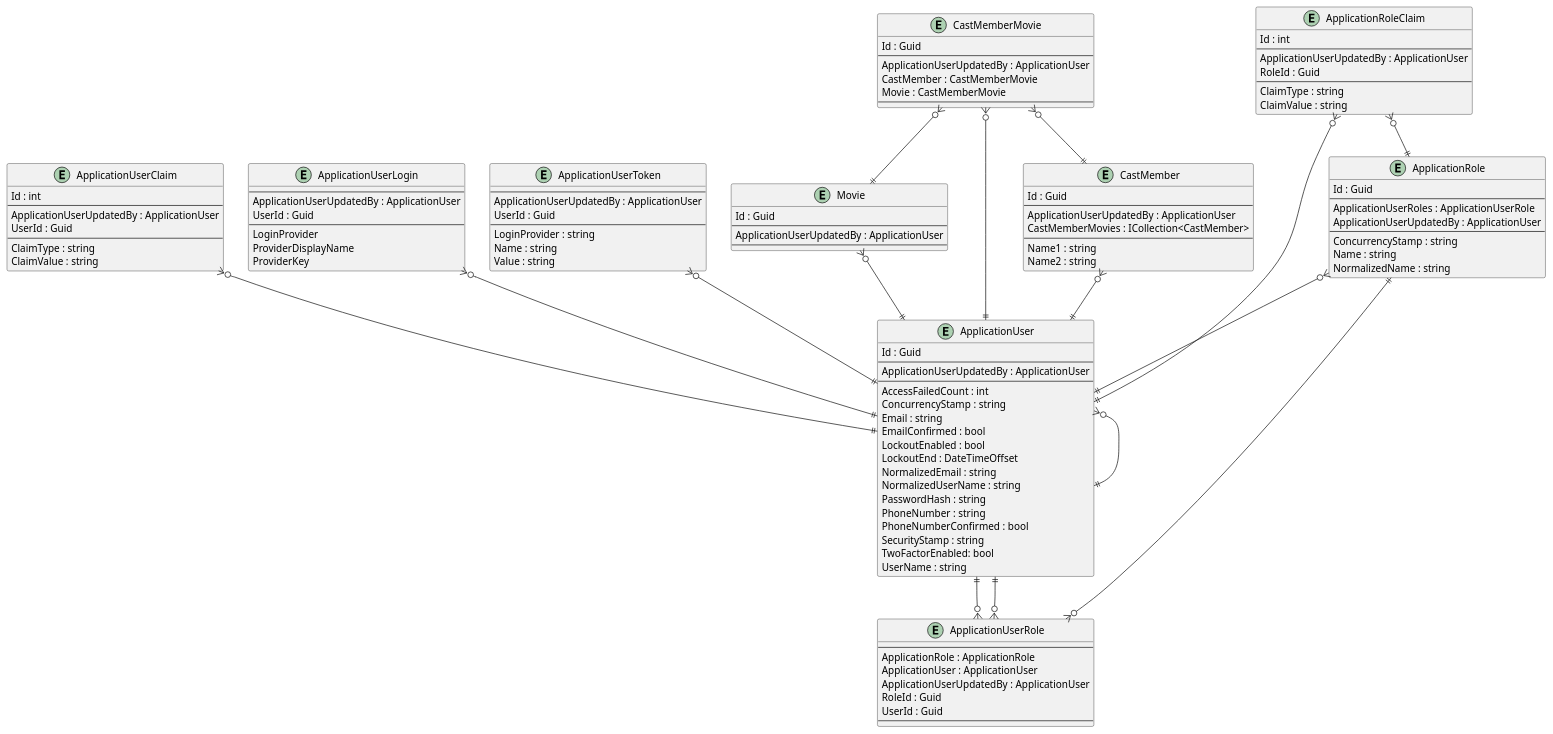
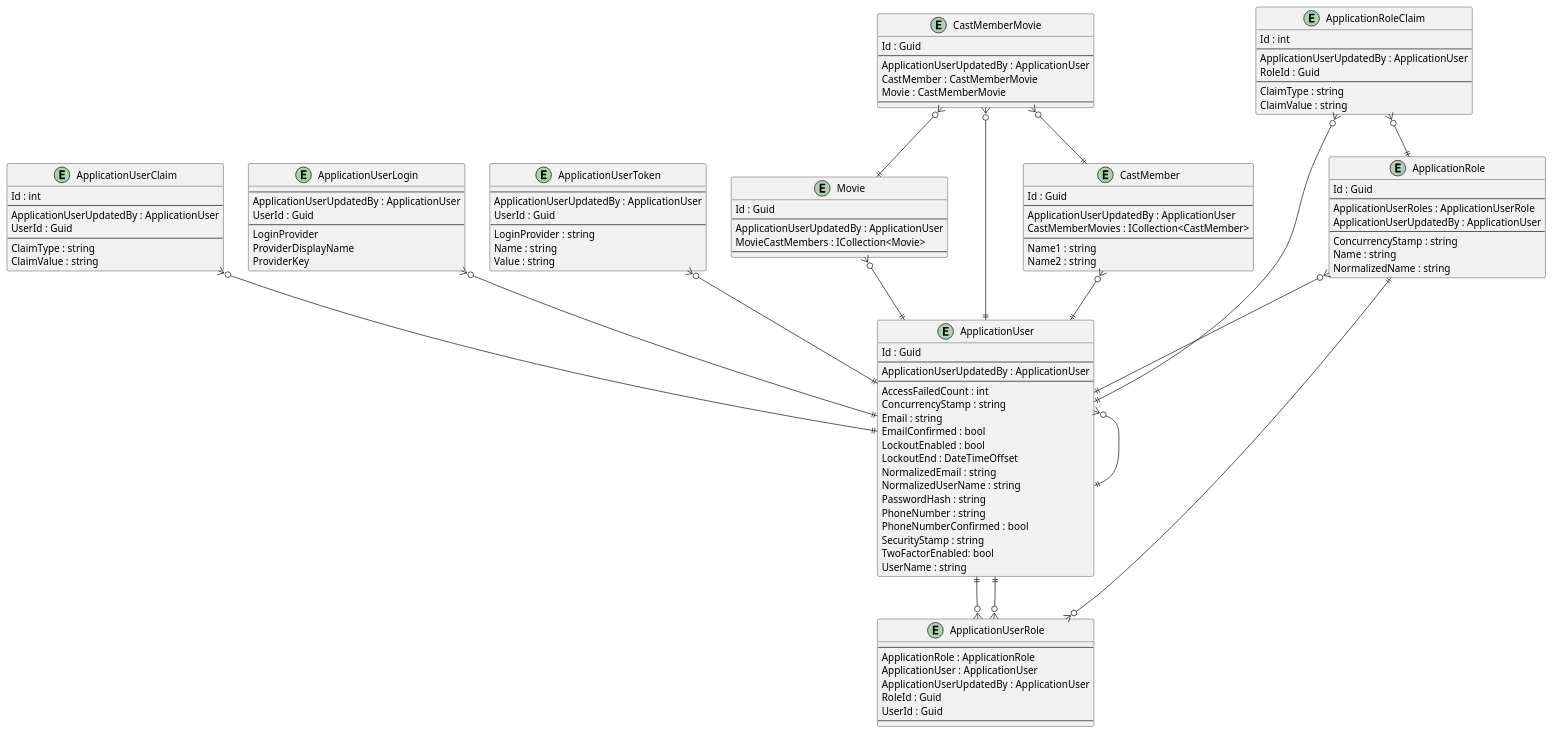
The diagram in .docs/BlazorWebAppMovies.pu (intrepion/BlazorWebAppMovies), drawn with PlantUML before and after one commit.

```diff
--- a/.docs/BlazorWebAppMovies.pu
+++ b/.docs/BlazorWebAppMovies.pu
@@ -1,139 +1,140 @@
 @startuml
 
 entity ApplicationRole {
     Id : Guid
     --
     ApplicationUserRoles : ApplicationUserRole
     ApplicationUserUpdatedBy : ApplicationUser
     --
     ConcurrencyStamp : string
     Name : string
     NormalizedName : string
 }
 
 entity ApplicationRoleClaim {
     Id : int
     --
     ApplicationUserUpdatedBy : ApplicationUser
     RoleId : Guid
     --
     ClaimType : string
     ClaimValue : string
 }
 
 entity ApplicationUser {
     Id : Guid
     --
     ApplicationUserUpdatedBy : ApplicationUser
     ' ApplicationUserKeyCodePlaceholder
     --
     AccessFailedCount : int
     ConcurrencyStamp : string
     Email : string
     EmailConfirmed : bool
     LockoutEnabled : bool
     LockoutEnd : DateTimeOffset
     NormalizedEmail : string
     NormalizedUserName : string
     PasswordHash : string
     PhoneNumber : string
     PhoneNumberConfirmed : bool
     SecurityStamp : string
     TwoFactorEnabled: bool
     UserName : string
     ' ApplicationUserPropertyCodePlaceholder
 }
 
 entity ApplicationUserClaim {
     Id : int
     --
     ApplicationUserUpdatedBy : ApplicationUser
     UserId : Guid
     --
     ClaimType : string
     ClaimValue : string
 }
 
 entity ApplicationUserLogin {
     --
     ApplicationUserUpdatedBy : ApplicationUser
     UserId : Guid
     --
     LoginProvider
     ProviderDisplayName
     ProviderKey
 }
 
 entity ApplicationUserRole {
     --
     ApplicationRole : ApplicationRole
     ApplicationUser : ApplicationUser
     ApplicationUserUpdatedBy : ApplicationUser
     RoleId : Guid
     UserId : Guid
     --
 }
 
 entity ApplicationUserToken {
     --
     ApplicationUserUpdatedBy : ApplicationUser
     UserId : Guid
     --
     LoginProvider : string
     Name : string
     Value : string
 }
 
 entity CastMember {
     Id : Guid
     --
     ApplicationUserUpdatedBy : ApplicationUser
     CastMemberMovies : ICollection<CastMember>
     ' CastMemberKeyCodePlaceholder
     --
     Name1 : string
     Name2 : string
     ' CastMemberPropertyCodePlaceholder
 }
 
 entity CastMemberMovie {
     Id : Guid
     --
     ApplicationUserUpdatedBy : ApplicationUser
     CastMember : CastMemberMovie
     Movie : CastMemberMovie
     ' CastMemberMovieKeyCodePlaceholder
     --
     ' CastMemberMoviePropertyCodePlaceholder
 }
 
 entity Movie {
     Id : Guid
     --
     ApplicationUserUpdatedBy : ApplicationUser
+    MovieCastMembers : ICollection<Movie>
     ' MovieKeyCodePlaceholder
     --
     ' MoviePropertyCodePlaceholder
 }
 
 ' EntityCodePlaceholder
 
 ApplicationRole ||--o{ ApplicationUserRole
 ApplicationRole }o--|| ApplicationUser
 ApplicationRoleClaim }o--|| ApplicationRole
 ApplicationRoleClaim }o--|| ApplicationUser
 ApplicationUser }o--|| ApplicationUser
 ApplicationUser ||--o{ ApplicationUserRole
 ApplicationUserClaim }o--|| ApplicationUser
 ApplicationUserLogin }o--|| ApplicationUser
 ApplicationUserRole }o--|| ApplicationUser
 ApplicationUserToken }o--|| ApplicationUser
 
 CastMember }o--|| ApplicationUser
 CastMemberMovie }o--|| ApplicationUser
 CastMemberMovie }o--|| CastMember
 CastMemberMovie }o--|| Movie
 Movie }o--|| ApplicationUser
 ' RelationshipCodePlaceholder
 
 @enduml
```
